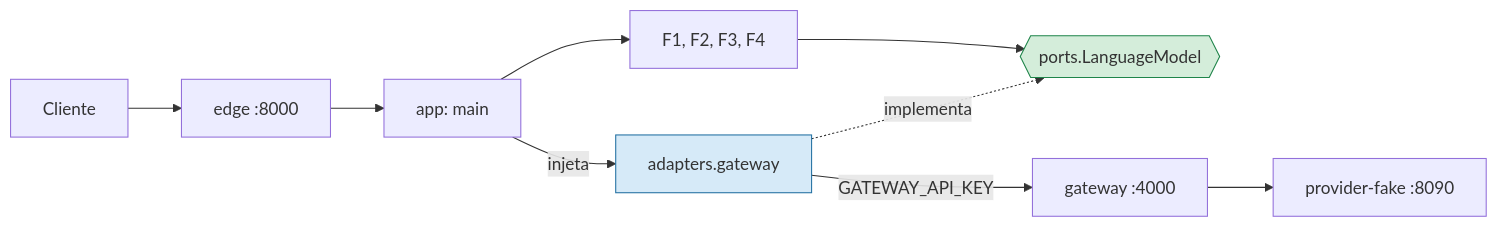
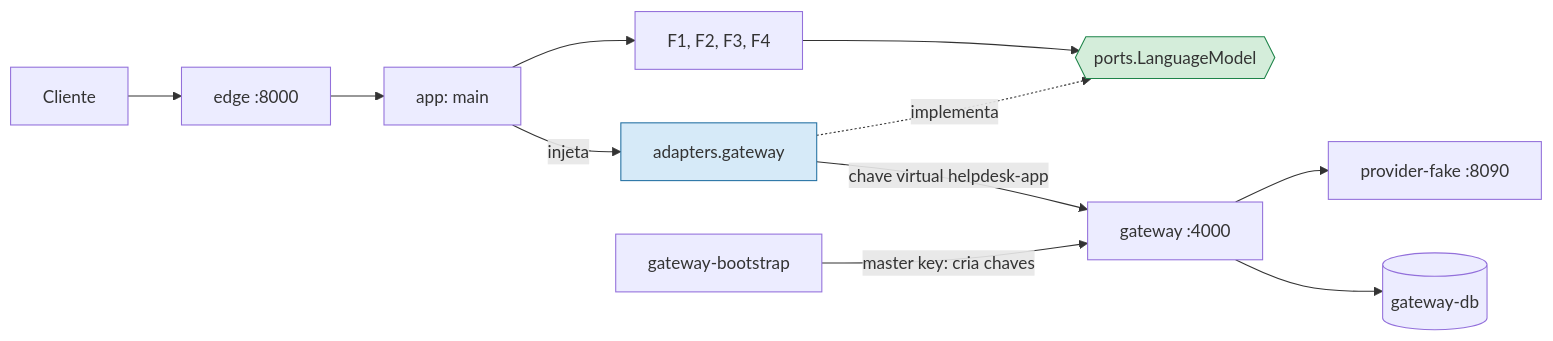
One commit to igorblopes/desafio-arquitetura-era-ia-1 changed the diagram in README.md. Above: the diagram before and after it, drawn with Mermaid. The commit also changed other lines of this file and 49 other files, not shown here.

````diff
--- a/README.md
+++ b/README.md
@@ -16,13 +16,15 @@
 ```mermaid
 flowchart LR
     C[Cliente] --> E[edge :8000]
     E --> M[app: main]
     M --> F[F1, F2, F3, F4]
     F --> P{{ports.LanguageModel}}
     AD[adapters.gateway] -.implementa.-> P
     M -->|injeta| AD
-    AD -->|GATEWAY_API_KEY| G[gateway :4000]
+    AD -->|chave virtual helpdesk-app| G[gateway :4000]
     G --> PF[provider-fake :8090]
+    G --> DB[(gateway-db)]
+    BS[gateway-bootstrap] -->|master key: cria chaves| G
     style P fill:#d4edda,stroke:#1e8449
     style AD fill:#d6eaf8,stroke:#2471a3
 ```
````
